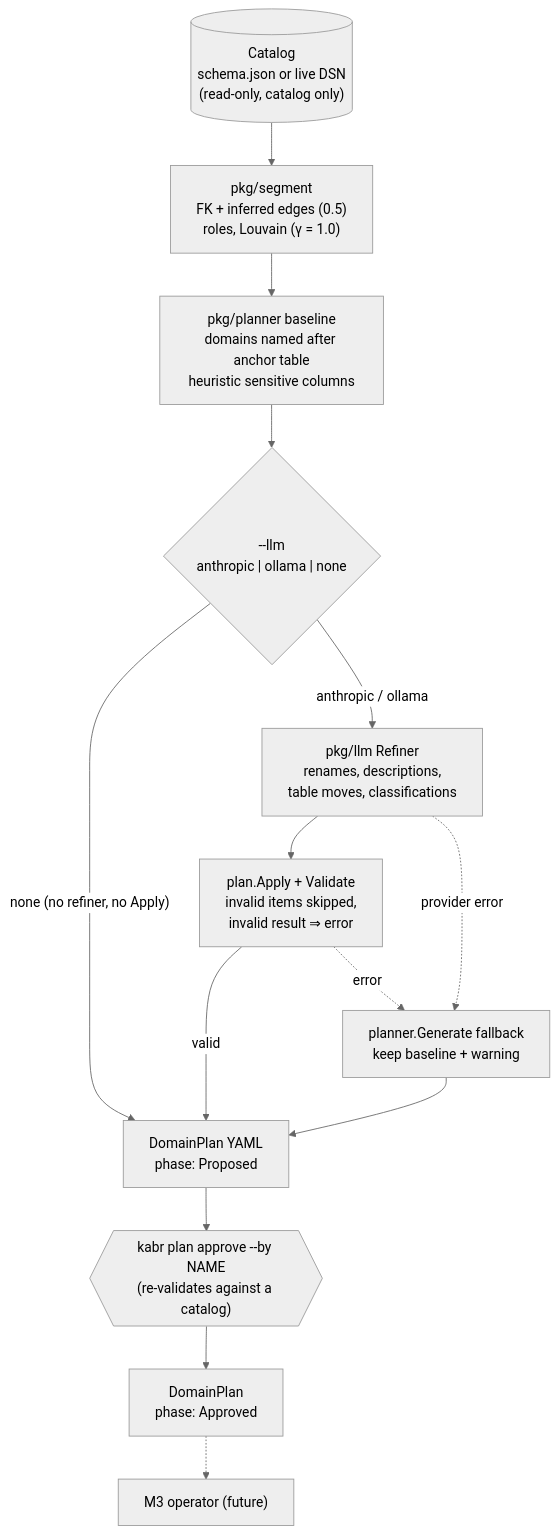
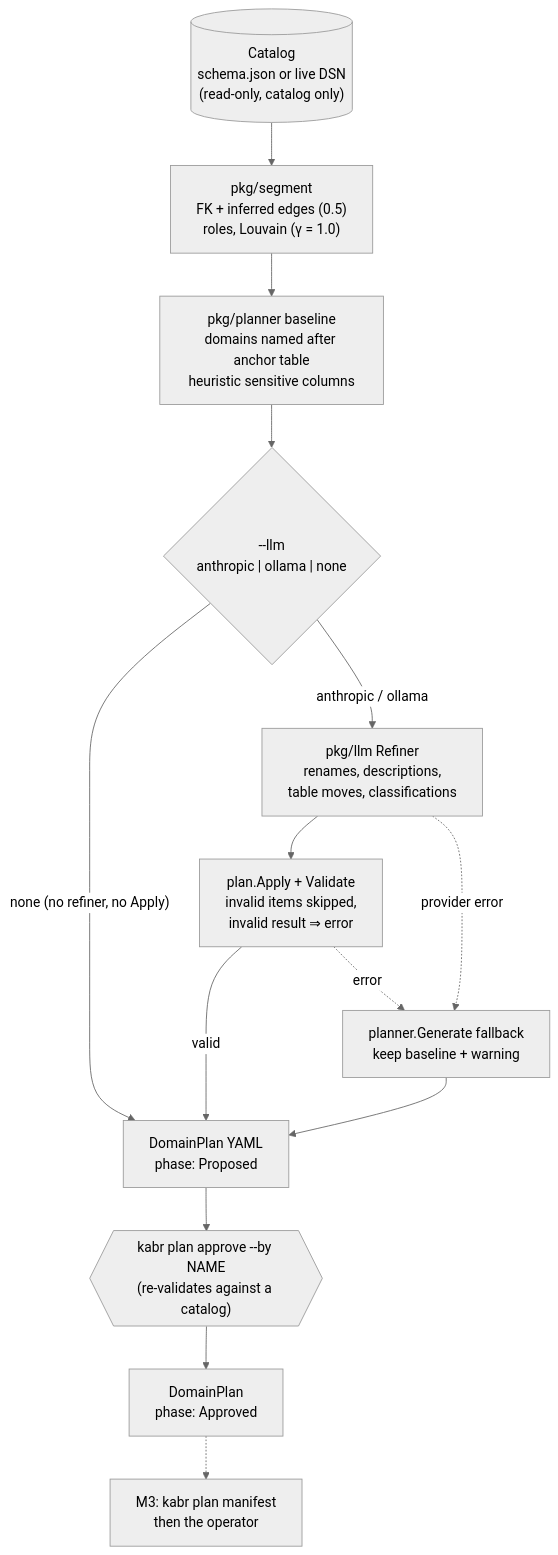
The third of 6 diagrams in docs/architecture.md (Gabrielmmorais/kabr), drawn with Mermaid (neutral theme) before and after one commit. The commit also changed other lines of this file and 103 other files, not shown here.

````diff
--- a/docs/architecture.md
+++ b/docs/architecture.md
@@ -190,23 +212,23 @@
 ```mermaid
 flowchart TD
     cat[("Catalog<br/>schema.json or live DSN<br/>(read-only, catalog only)")]
     seg["pkg/segment<br/>FK + inferred edges (0.5)<br/>roles, Louvain (γ = 1.0)"]
     base["pkg/planner baseline<br/>domains named after anchor table<br/>heuristic sensitive columns"]
     ref{"--llm<br/>anthropic | ollama | none"}
     llm["pkg/llm Refiner<br/>renames, descriptions,<br/>table moves, classifications"]
     apply["plan.Apply + Validate<br/>invalid items skipped,<br/>invalid result ⇒ error"]
     fallback["planner.Generate fallback<br/>keep baseline + warning"]
     out["DomainPlan YAML<br/>phase: Proposed"]
     approve{{"kabr plan approve --by NAME<br/>(re-validates against a catalog)"}}
     approved["DomainPlan<br/>phase: Approved"]
-    op["M3 operator (future)"]
+    op["M3: kabr plan manifest<br/>then the operator"]
 
     cat --> seg --> base --> ref
     ref -- "none (no refiner, no Apply)" --> out
     ref -- "anthropic / ollama" --> llm --> apply
     llm -. "provider error" .-> fallback
     apply -- "valid" --> out
     apply -. "error" .-> fallback
     fallback --> out
     out --> approve --> approved -.-> op
 ```
````
